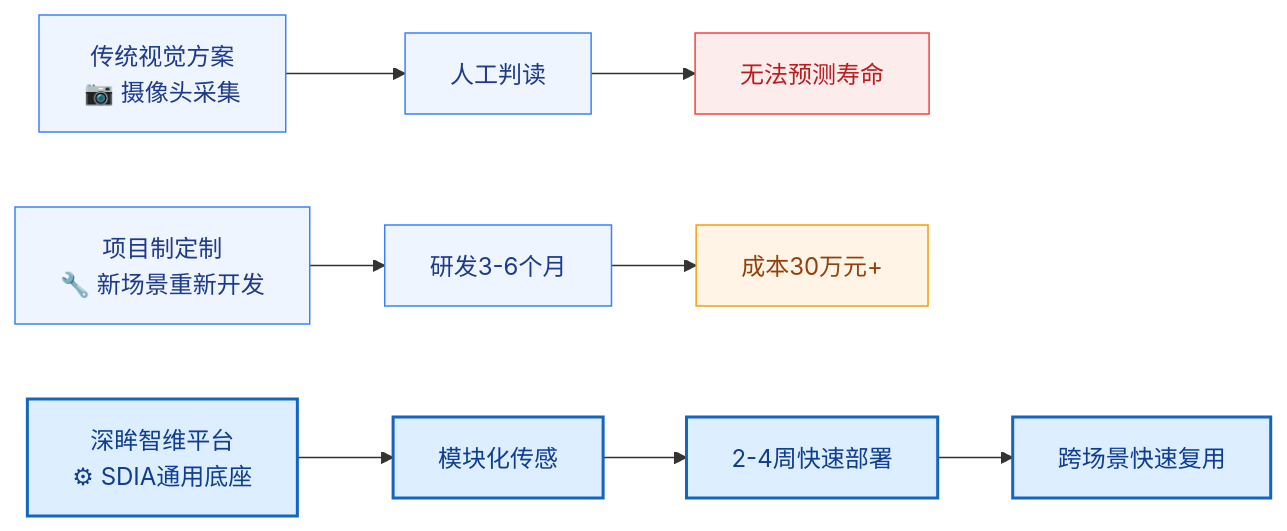
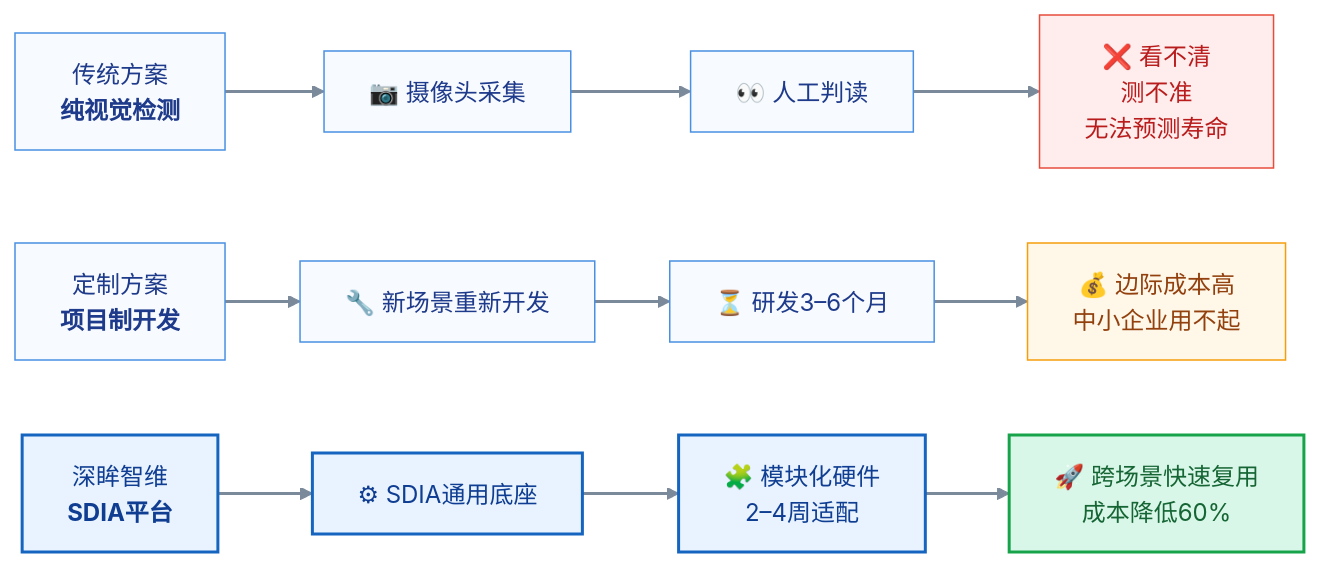
Before and after one commit to LGS91/iodraw-files: the diagram in all/未命名.md, drawn with Mermaid.

Commit message:
2026-07-06 11:04:21 update

````diff
--- a/all/未命名.md
+++ b/all/未命名.md
@@ -1,26 +1,39 @@
 ```mermaid
 flowchart LR
 
-A["传统视觉方案<br/>📷 摄像头采集"] --> B["人工判读"]
-B --> C["无法预测寿命"]
+%% ================= 第一行 =================
+A["传统方案<br/><b>纯视觉检测</b>"]
+--> B["📷 摄像头采集"]
+--> C["👀 人工判读"]
+--> D["❌ 看不清<br/>测不准<br/>无法预测寿命"]
 
-D["项目制定制<br/>🔧 新场景重新开发"] --> E["研发3-6个月"]
-E --> F["成本30万元+"]
+%% ================= 第二行 =================
+E["定制方案<br/><b>项目制开发</b>"]
+--> F["🔧 新场景重新开发"]
+--> G["⏳ 研发3–6个月"]
+--> H["💰 边际成本高<br/>中小企业用不起"]
 
-G["深眸智维平台<br/>⚙ SDIA通用底座"] --> H["模块化传感"]
-H --> I["2-4周快速部署"]
-I --> J["跨场景快速复用"]
+%% ================= 第三行 =================
+I["深眸智维<br/><b>SDIA平台</b>"]
+--> J["⚙ SDIA通用底座"]
+--> K["🧩 模块化硬件<br/>2–4周适配"]
+--> L["🚀 跨场景快速复用<br/>成本降低60%"]
 
-style A fill:#EEF5FF,stroke:#3B82F6,color:#1E3A8A
-style B fill:#EEF5FF,stroke:#3B82F6,color:#1E3A8A
-style C fill:#FDECEC,stroke:#EF4444,color:#B91C1C
+%% ================= 配色 =================
+style A fill:#F7FAFF,stroke:#4A90E2,color:#1E3A8A
+style B fill:#F7FAFF,stroke:#4A90E2,color:#1E3A8A
+style C fill:#F7FAFF,stroke:#4A90E2,color:#1E3A8A
+style D fill:#FFECEC,stroke:#E74C3C,color:#B91C1C
 
-style D fill:#EEF5FF,stroke:#3B82F6,color:#1E3A8A
-style E fill:#EEF5FF,stroke:#3B82F6,color:#1E3A8A
-style F fill:#FFF4E5,stroke:#F59E0B,color:#92400E
+style E fill:#F7FAFF,stroke:#4A90E2,color:#1E3A8A
+style F fill:#F7FAFF,stroke:#4A90E2,color:#1E3A8A
+style G fill:#F7FAFF,stroke:#4A90E2,color:#1E3A8A
+style H fill:#FFF7E8,stroke:#F59E0B,color:#92400E
 
-style G fill:#DCEEFF,stroke:#1565C0,stroke-width:2px,color:#0F3D91
-style H fill:#DCEEFF,stroke:#1565C0,stroke-width:2px,color:#0F3D91
-style I fill:#DCEEFF,stroke:#1565C0,stroke-width:2px,color:#0F3D91
-style J fill:#DCEEFF,stroke:#1565C0,stroke-width:2px,color:#0F3D91
+style I fill:#E8F3FF,stroke:#1565C0,stroke-width:2px,color:#0F3D91
+style J fill:#E8F3FF,stroke:#1565C0,stroke-width:2px,color:#0F3D91
+style K fill:#E8F3FF,stroke:#1565C0,stroke-width:2px,color:#0F3D91
+style L fill:#D9F7E8,stroke:#16A34A,stroke-width:2px,color:#166534
+
+linkStyle default stroke:#7B8A9B,stroke-width:2px
 ```
````
